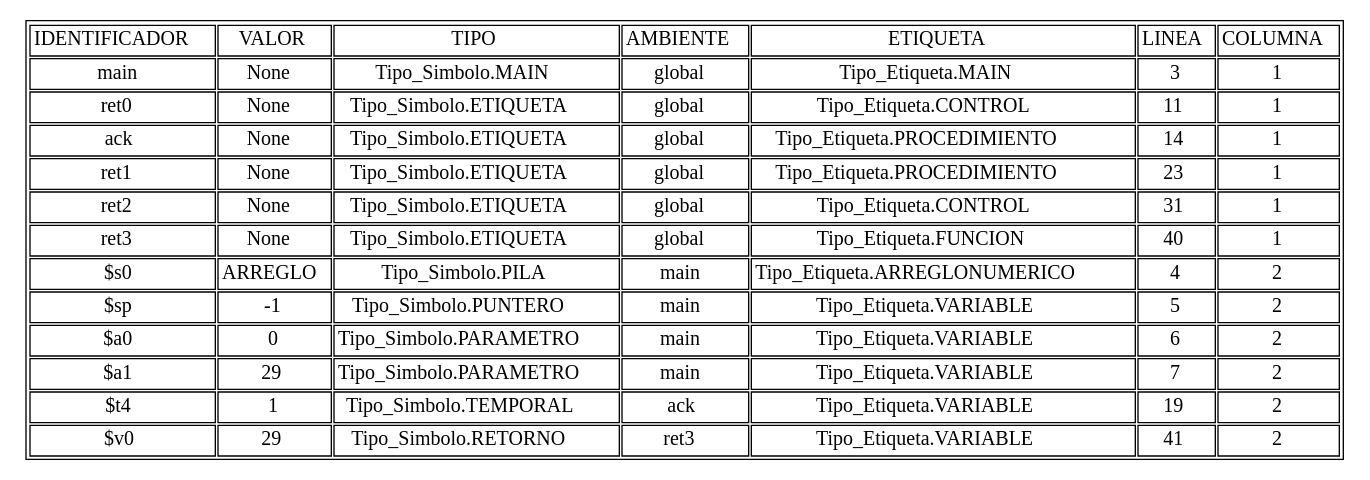
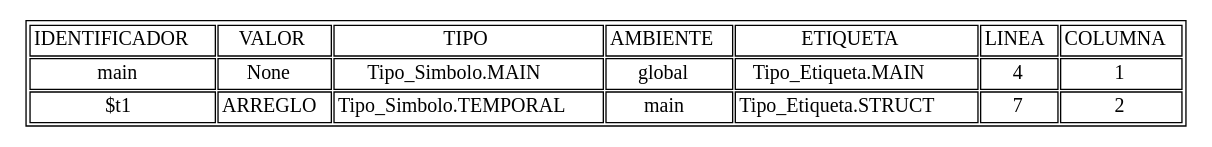
The diagram in tablasimbolos.dot (AndreeAvalos/OLC2-AUGUS), drawn with Graphviz before and after one commit. The commit also changed 11 other files, not shown here.

```diff
--- a/tablasimbolos.dot
+++ b/tablasimbolos.dot
@@ -1,20 +1,10 @@
 digraph tabla{
 graph [ratio=fill];node [label="\N", fontsize=15, shape=plaintext];
 graph [bb="0,0,352,154"];
 arset [label=<<TABLE ALIGN="LEFT">
 <TR><TD>IDENTIFICADOR</TD><TD>VALOR</TD><TD>TIPO</TD><TD>AMBIENTE</TD><TD>ETIQUETA</TD><TD>LINEA</TD><TD>COLUMNA</TD></TR>
-<TR><TD>main</TD><TD>None</TD><TD>Tipo_Simbolo.MAIN</TD><TD>global</TD><TD>Tipo_Etiqueta.MAIN</TD><TD>3</TD><TD>1</TD></TR>
-<TR><TD>ret0</TD><TD>None</TD><TD>Tipo_Simbolo.ETIQUETA</TD><TD>global</TD><TD>Tipo_Etiqueta.CONTROL</TD><TD>11</TD><TD>1</TD></TR>
-<TR><TD>ack</TD><TD>None</TD><TD>Tipo_Simbolo.ETIQUETA</TD><TD>global</TD><TD>Tipo_Etiqueta.PROCEDIMIENTO</TD><TD>14</TD><TD>1</TD></TR>
-<TR><TD>ret1</TD><TD>None</TD><TD>Tipo_Simbolo.ETIQUETA</TD><TD>global</TD><TD>Tipo_Etiqueta.PROCEDIMIENTO</TD><TD>23</TD><TD>1</TD></TR>
-<TR><TD>ret2</TD><TD>None</TD><TD>Tipo_Simbolo.ETIQUETA</TD><TD>global</TD><TD>Tipo_Etiqueta.CONTROL</TD><TD>31</TD><TD>1</TD></TR>
-<TR><TD>ret3</TD><TD>None</TD><TD>Tipo_Simbolo.ETIQUETA</TD><TD>global</TD><TD>Tipo_Etiqueta.FUNCION</TD><TD>40</TD><TD>1</TD></TR>
-<TR><TD>$s0</TD><TD>ARREGLO</TD><TD>Tipo_Simbolo.PILA</TD><TD>main</TD><TD>Tipo_Etiqueta.ARREGLONUMERICO</TD><TD>4</TD><TD>2</TD></TR>
-<TR><TD>$sp</TD><TD>-1</TD><TD>Tipo_Simbolo.PUNTERO</TD><TD>main</TD><TD>Tipo_Etiqueta.VARIABLE</TD><TD>5</TD><TD>2</TD></TR>
-<TR><TD>$a0</TD><TD>0</TD><TD>Tipo_Simbolo.PARAMETRO</TD><TD>main</TD><TD>Tipo_Etiqueta.VARIABLE</TD><TD>6</TD><TD>2</TD></TR>
-<TR><TD>$a1</TD><TD>29</TD><TD>Tipo_Simbolo.PARAMETRO</TD><TD>main</TD><TD>Tipo_Etiqueta.VARIABLE</TD><TD>7</TD><TD>2</TD></TR>
-<TR><TD>$t4</TD><TD>1</TD><TD>Tipo_Simbolo.TEMPORAL</TD><TD>ack</TD><TD>Tipo_Etiqueta.VARIABLE</TD><TD>19</TD><TD>2</TD></TR>
-<TR><TD>$v0</TD><TD>29</TD><TD>Tipo_Simbolo.RETORNO</TD><TD>ret3</TD><TD>Tipo_Etiqueta.VARIABLE</TD><TD>41</TD><TD>2</TD></TR>
+<TR><TD>main</TD><TD>None</TD><TD>Tipo_Simbolo.MAIN</TD><TD>global</TD><TD>Tipo_Etiqueta.MAIN</TD><TD>4</TD><TD>1</TD></TR>
+<TR><TD>$t1</TD><TD>ARREGLO</TD><TD>Tipo_Simbolo.TEMPORAL</TD><TD>main</TD><TD>Tipo_Etiqueta.STRUCT</TD><TD>7</TD><TD>2</TD></TR>
 </TABLE>
 >, ];
 }
```
